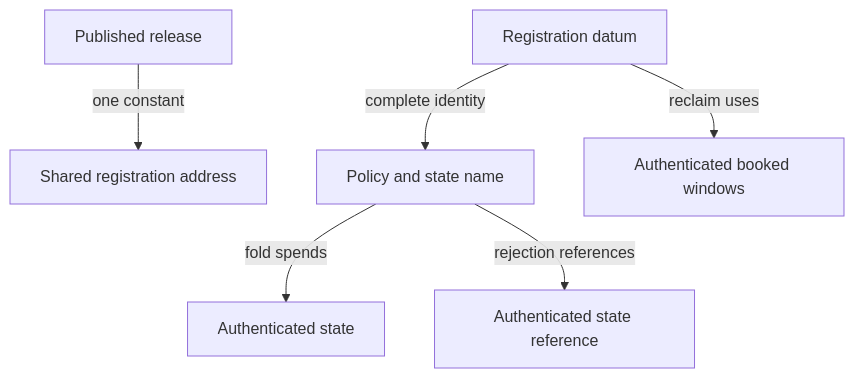
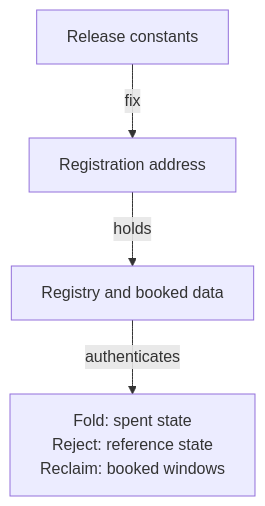
Before and after one commit to lambdasistemi/singular: the first of 2 diagrams in specs/741-no-pin-model/shared-request.md, drawn with Mermaid. The commit also changed other lines of this file and 1 other file, not shown here.

First line of the commit message:
docs: fit shared request diagrams to narrow screens

````diff
--- a/specs/741-no-pin-model/shared-request.md
+++ b/specs/741-no-pin-model/shared-request.md
@@ -23,8 +23,6 @@
 ```mermaid
 flowchart TD
-  Release[Published release] -->|one constant| Request[Shared registration address]
-  Datum[Registration datum] -->|complete identity| Registry[Policy and state name]
-  Registry -->|fold spends| State[Authenticated state]
-  Registry -->|rejection references| Ref[Authenticated state reference]
-  Datum -->|reclaim uses| Booked[Authenticated booked windows]
+  Release[Release constants] -->|fix| Address[Registration address]
+  Address -->|holds| Datum[Registry and booked data]
+  Datum -->|authenticates| Exit["Fold: spent state<br/>Reject: reference state<br/>Reclaim: booked windows"]
 ```
````
